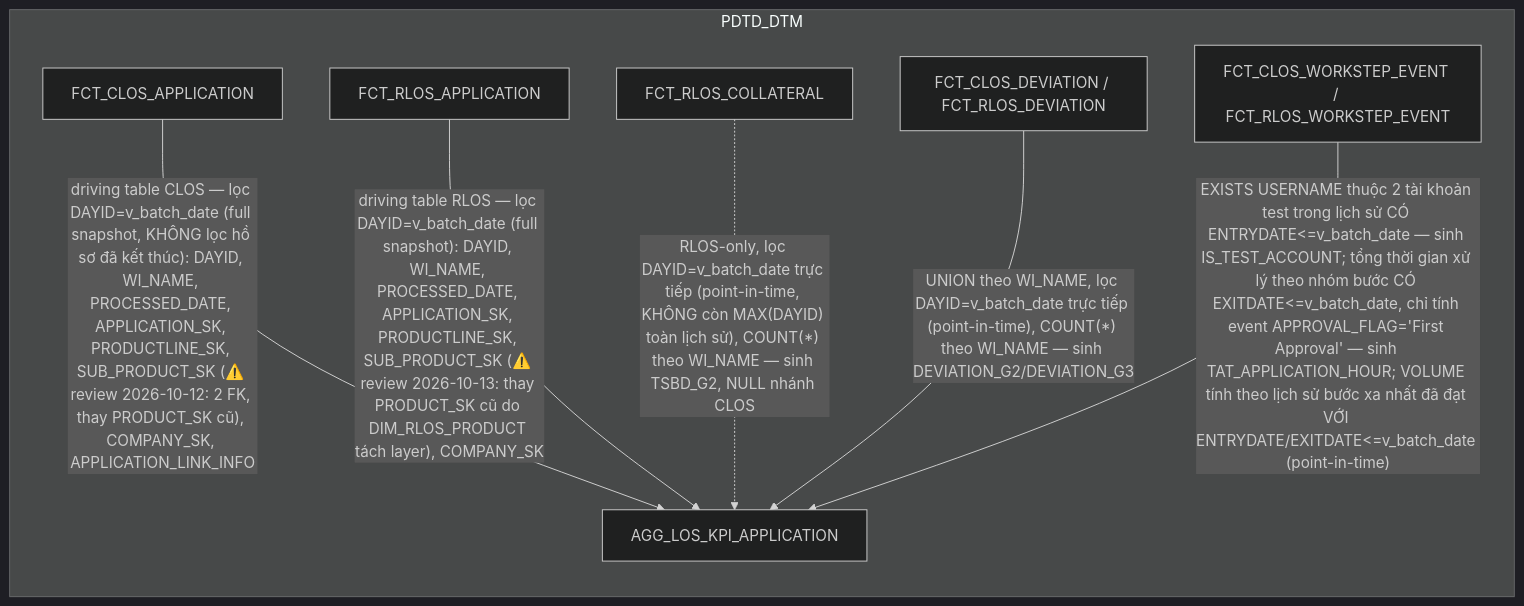
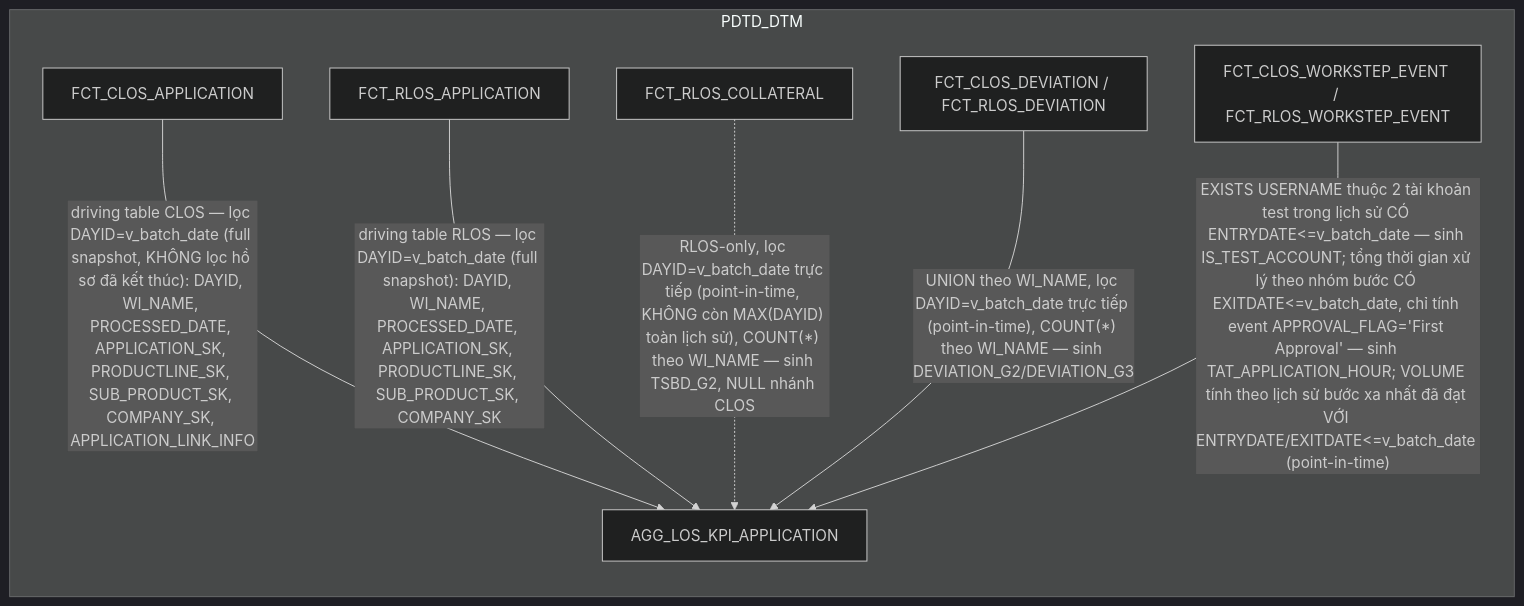
Before and after one commit to chien1198/sb-mapping-gen: the third of 19 diagrams in hld/hld_review/HLD_FCT_PDTD_DTM_review.md, drawn with Mermaid (dark theme). The commit also changed other lines of this file and 13 other files, not shown here.

````diff
--- a/hld/hld_review/HLD_FCT_PDTD_DTM_review.md
+++ b/hld/hld_review/HLD_FCT_PDTD_DTM_review.md
@@ -163,16 +163,16 @@
 ```mermaid
 flowchart LR
     subgraph PDTD_DTM
         A["FCT_CLOS_APPLICATION"]
         B["FCT_RLOS_APPLICATION"]
         L["FCT_RLOS_COLLATERAL"]
         V["FCT_CLOS_DEVIATION / FCT_RLOS_DEVIATION"]
         W["FCT_CLOS_WORKSTEP_EVENT / FCT_RLOS_WORKSTEP_EVENT"]
         K["AGG_LOS_KPI_APPLICATION"]
     end
-    A -->|"driving table CLOS — lọc DAYID=v_batch_date (full snapshot, KHÔNG lọc hồ sơ đã kết thúc): DAYID, WI_NAME, PROCESSED_DATE, APPLICATION_SK, PRODUCTLINE_SK, SUB_PRODUCT_SK (⚠️ review 2026-10-12: 2 FK, thay PRODUCT_SK cũ), COMPANY_SK, APPLICATION_LINK_INFO"| K
-    B -->|"driving table RLOS — lọc DAYID=v_batch_date (full snapshot): DAYID, WI_NAME, PROCESSED_DATE, APPLICATION_SK, PRODUCTLINE_SK, SUB_PRODUCT_SK (⚠️ review 2026-10-13: thay PRODUCT_SK cũ do DIM_RLOS_PRODUCT tách layer), COMPANY_SK"| K
+    A -->|"driving table CLOS — lọc DAYID=v_batch_date (full snapshot, KHÔNG lọc hồ sơ đã kết thúc): DAYID, WI_NAME, PROCESSED_DATE, APPLICATION_SK, PRODUCTLINE_SK, SUB_PRODUCT_SK, COMPANY_SK, APPLICATION_LINK_INFO"| K
+    B -->|"driving table RLOS — lọc DAYID=v_batch_date (full snapshot): DAYID, WI_NAME, PROCESSED_DATE, APPLICATION_SK, PRODUCTLINE_SK, SUB_PRODUCT_SK, COMPANY_SK"| K
     L -.->|"RLOS-only, lọc DAYID=v_batch_date trực tiếp (point-in-time, KHÔNG còn MAX(DAYID) toàn lịch sử), COUNT(*) theo WI_NAME — sinh TSBD_G2, NULL nhánh CLOS"| K
     V -->|"UNION theo WI_NAME, lọc DAYID=v_batch_date trực tiếp (point-in-time), COUNT(*) theo WI_NAME — sinh DEVIATION_G2/DEVIATION_G3"| K
     W -->|"EXISTS USERNAME thuộc 2 tài khoản test trong lịch sử CÓ ENTRYDATE<=v_batch_date — sinh IS_TEST_ACCOUNT; tổng thời gian xử lý theo nhóm bước CÓ EXITDATE<=v_batch_date, chỉ tính event APPROVAL_FLAG='First Approval' — sinh TAT_APPLICATION_HOUR; VOLUME tính theo lịch sử bước xa nhất đã đạt VỚI ENTRYDATE/EXITDATE<=v_batch_date (point-in-time)"| K
 ```
````
